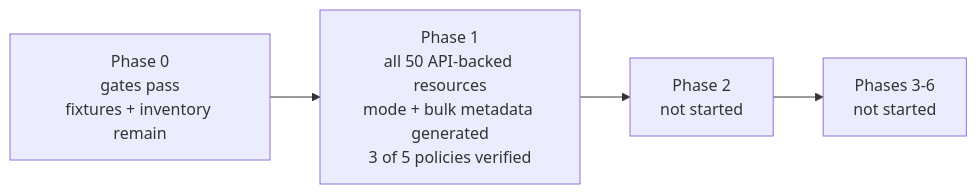
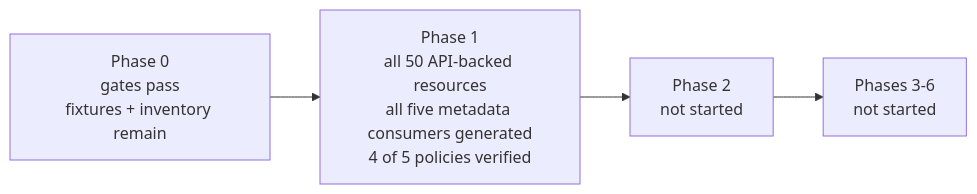
The diagram in status.md (BE-Network/terraform-provider-verity), drawn with Mermaid before and after one commit. The commit also changed other lines of this file and 55 other files, not shown here.

````diff
--- a/status.md
+++ b/status.md
@@ -48,6 +50,6 @@
 ```mermaid
 flowchart LR
-    P0[Phase 0<br/>gates pass<br/>fixtures + inventory remain] --> P1[Phase 1<br/>all 50 API-backed resources<br/>mode + bulk metadata generated<br/>3 of 5 policies verified]
+    P0[Phase 0<br/>gates pass<br/>fixtures + inventory remain] --> P1[Phase 1<br/>all 50 API-backed resources<br/>all five metadata consumers generated<br/>4 of 5 policies verified]
     P1 --> P2[Phase 2<br/>not started]
     P2 --> P3[Phases 3-6<br/>not started]
 ```
````
